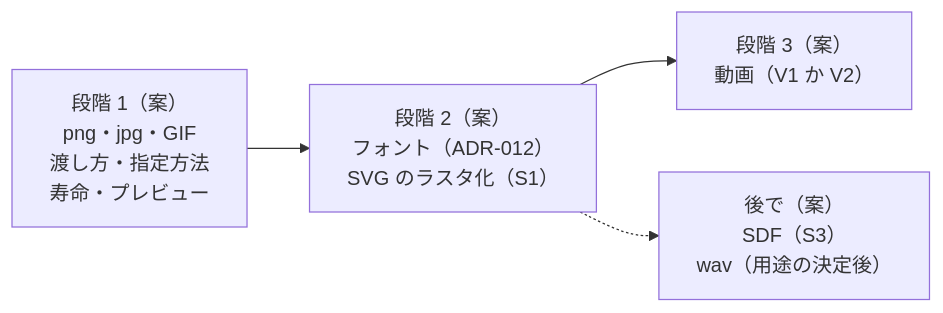
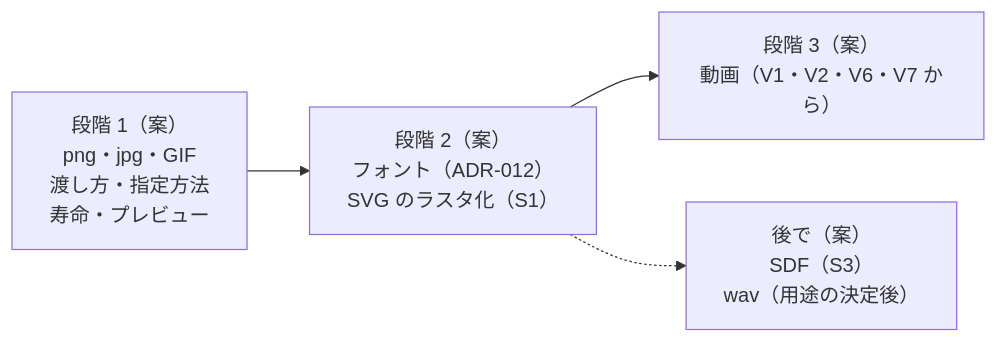
The diagram in docs/adr/ADR-011-media-assets.md (cyokozai/kagelife), drawn with Mermaid before and after one commit. The commit also changed other lines of this file, not shown here.

````diff
--- a/docs/adr/ADR-011-media-assets.md
+++ b/docs/adr/ADR-011-media-assets.md
@@ -282,6 +312,6 @@
 ```mermaid
 flowchart LR
     S1["段階 1（案）\npng・jpg・GIF\n渡し方・指定方法\n寿命・プレビュー"] --> S2["段階 2（案）\nフォント（ADR-012）\nSVG のラスタ化（S1）"]
-    S2 --> S3["段階 3（案）\n動画（V1 か V2）"]
+    S2 --> S3["段階 3（案）\n動画（V1・V2・V6・V7 から）"]
     S2 -.-> S4["後で（案）\nSDF（S3）\nwav（用途の決定後）"]
 ```
````
